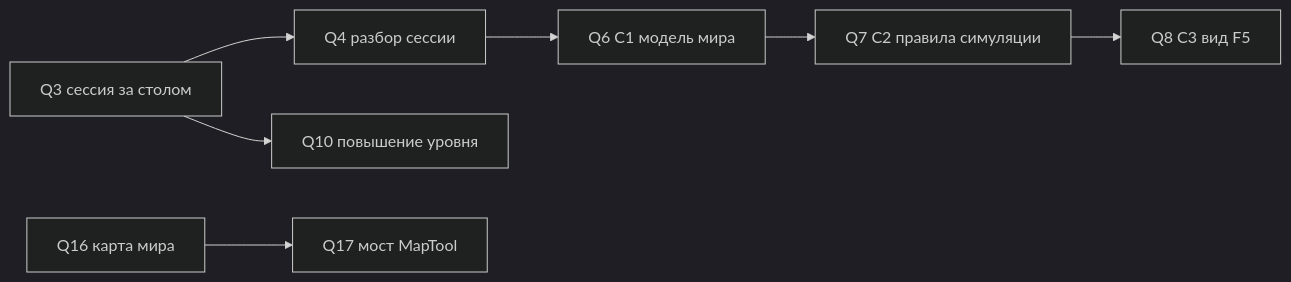
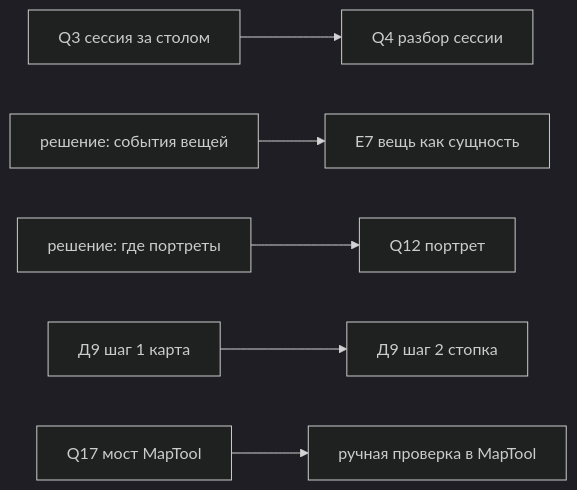
Before and after one commit to dmitry00-00/cockpit: the diagram in TASKS.md, drawn with Mermaid (dark theme). The commit also changed other lines of this file and 337 other files, not shown here.

````diff
--- a/TASKS.md
+++ b/TASKS.md
@@ -9,10 +9,8 @@
 ```mermaid
 flowchart LR
-  Q3[Q3 сессия за столом]
-  Q3 --> Q4[Q4 разбор сессии]
-  Q4 --> Q6[Q6 C1 модель мира]
-  Q6 --> Q7[Q7 C2 правила симуляции]
-  Q7 --> Q8[Q8 C3 вид F5]
-  Q16[Q16 карта мира] --> Q17[Q17 мост MapTool]
-  Q3 --> Q10[Q10 повышение уровня]
+  Q3[Q3 сессия за столом] --> Q4[Q4 разбор сессии]
+  DV[решение: события вещей] --> E7[E7 вещь как сущность]
+  DP[решение: где портреты] --> Q12[Q12 портрет]
+  D9[Д9 шаг 1 карта] --> D92[Д9 шаг 2 стопка]
+  Q17[Q17 мост MapTool] --> MT[ручная проверка в MapTool]
 ```
````
